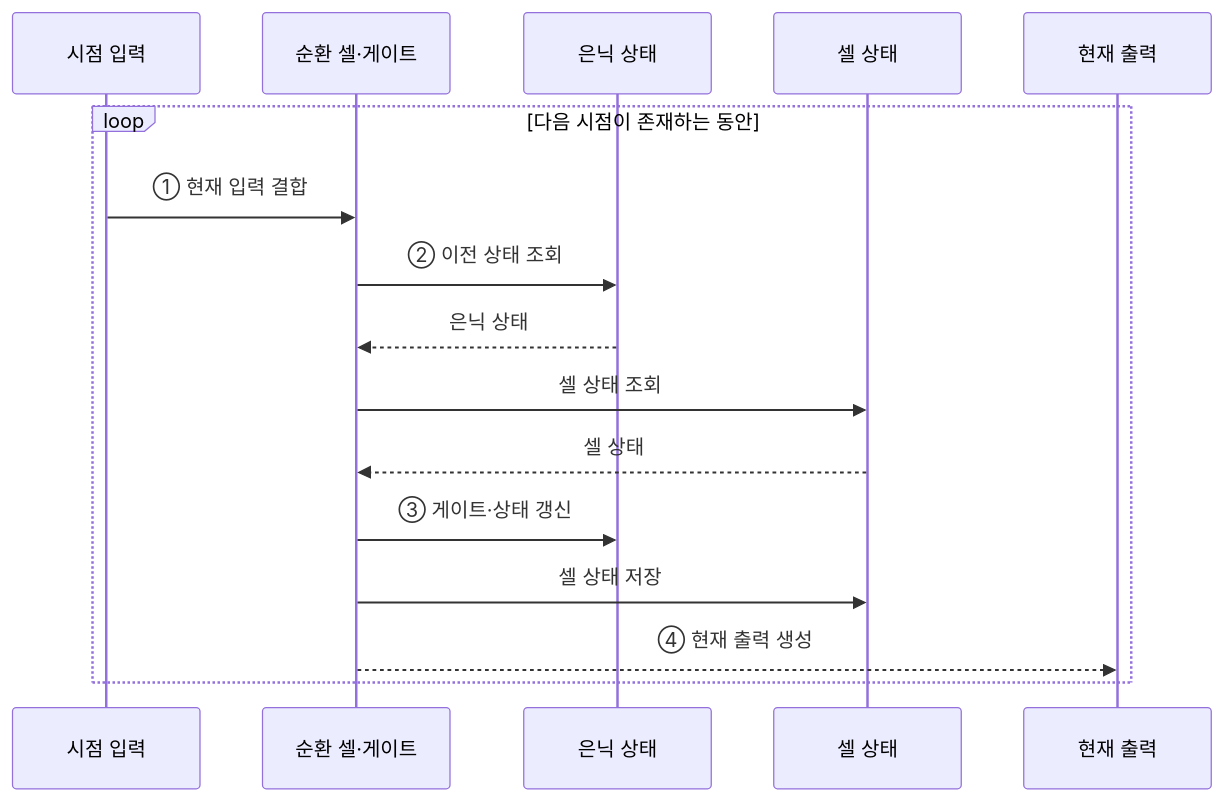
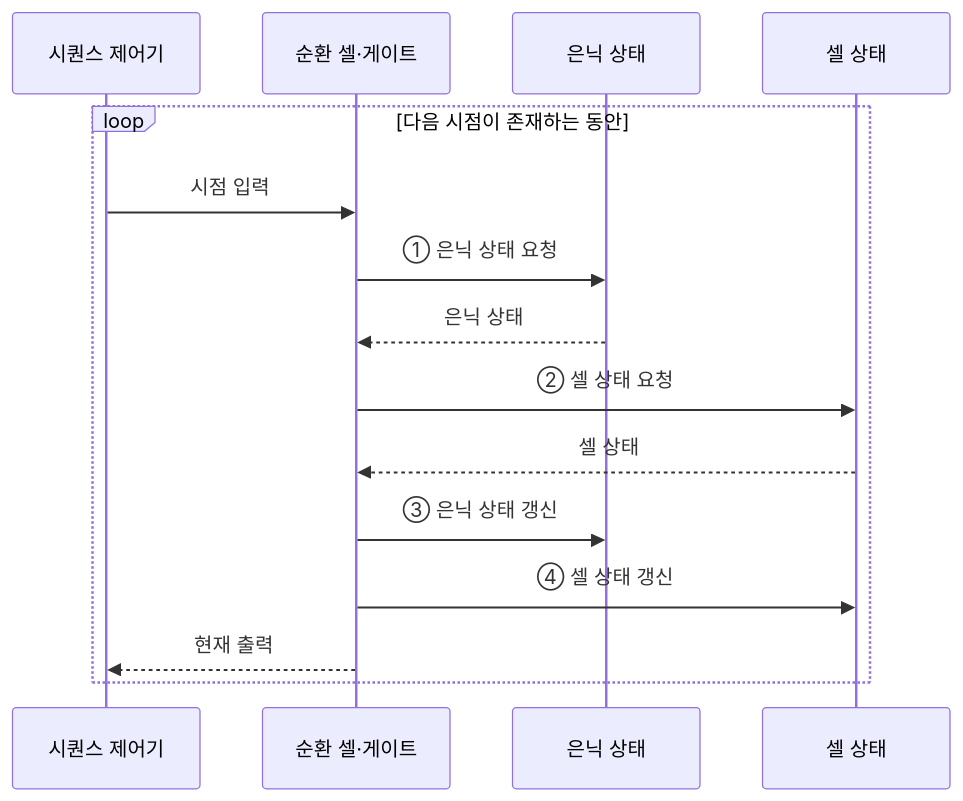
One commit to agnusdei1207/knowledge-base changed the second of 2 diagrams in src/content/docs/notes/01-basic-theory/044_rnn.md. Above: the diagram before and after it, drawn with Mermaid. The commit also changed other lines of this file and 10 other files, not shown here.

````diff
--- a/src/content/docs/notes/01-basic-theory/044_rnn.md
+++ b/src/content/docs/notes/01-basic-theory/044_rnn.md
@@ -96,18 +78,17 @@
 ```mermaid
 sequenceDiagram
-    participant X as 시점 입력
+    participant T as 시퀀스 제어기
     participant R as 순환 셀·게이트
     participant H as 은닉 상태
     participant C as 셀 상태
-    participant O as 현재 출력
     loop 다음 시점이 존재하는 동안
-        X->>R: ① 현재 입력 결합
-        R->>H: ② 이전 상태 조회
+        T->>R: 시점 입력
+        R->>H: ① 은닉 상태 요청
         H-->>R: 은닉 상태
-        R->>C: 셀 상태 조회
+        R->>C: ② 셀 상태 요청
         C-->>R: 셀 상태
-        R->>H: ③ 게이트·상태 갱신
-        R->>C: 셀 상태 저장
-        R-->>O: ④ 현재 출력 생성
+        R->>H: ③ 은닉 상태 갱신
+        R->>C: ④ 셀 상태 갱신
+        R-->>T: 현재 출력
     end
 ```
````
